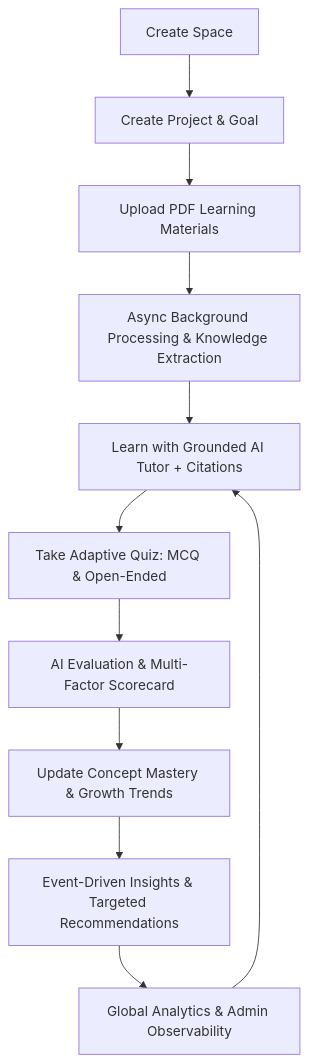
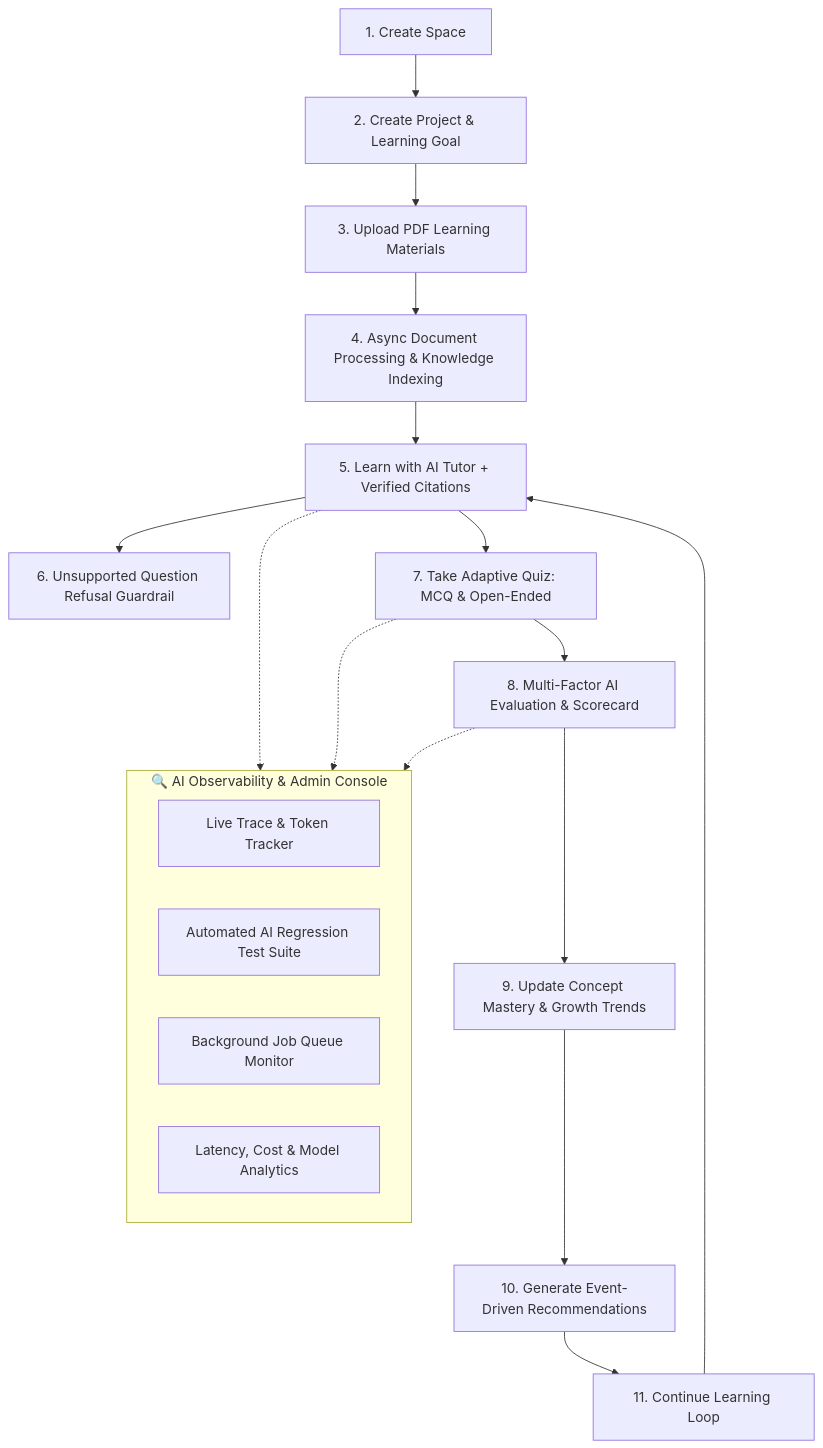
The diagram in README.md (sairam0043/AI_Prof), drawn with Mermaid before and after one commit. The commit also changed other lines of this file, not shown here.

````diff
--- a/README.md
+++ b/README.md
@@ -14,13 +21,24 @@
 ```mermaid
 flowchart TD
-    A[Create Space] --> B[Create Project & Goal]
-    B --> C[Upload PDF Learning Materials]
-    C --> D[Async Background Processing & Knowledge Extraction]
-    D --> E[Learn with Grounded AI Tutor + Citations]
-    E --> F[Take Adaptive Quiz: MCQ & Open-Ended]
-    F --> G[AI Evaluation & Multi-Factor Scorecard]
-    G --> H[Update Concept Mastery & Growth Trends]
-    H --> I[Event-Driven Insights & Targeted Recommendations]
-    I --> J[Global Analytics & Admin Observability]
-    J --> E
+    A[1. Create Space] --> B[2. Create Project & Learning Goal]
+    B --> C[3. Upload PDF Learning Materials]
+    C --> D[4. Async Document Processing & Knowledge Indexing]
+    D --> E[5. Learn with AI Tutor + Verified Citations]
+    E --> F[6. Unsupported Question Refusal Guardrail]
+    E --> G[7. Take Adaptive Quiz: MCQ & Open-Ended]
+    G --> H[8. Multi-Factor AI Evaluation & Scorecard]
+    H --> I[9. Update Concept Mastery & Growth Trends]
+    I --> J[10. Generate Event-Driven Recommendations]
+    J --> K[11. Continue Learning Loop]
+    K --> E
+    
+    subgraph Observability ["🔍 AI Observability & Admin Console"]
+        L[Live Trace & Token Tracker]
+        M[Automated AI Regression Test Suite]
+        N[Background Job Queue Monitor]
+        O[Latency, Cost & Model Analytics]
+    end
+    E -.-> Observability
+    G -.-> Observability
+    H -.-> Observability
 ```
````
